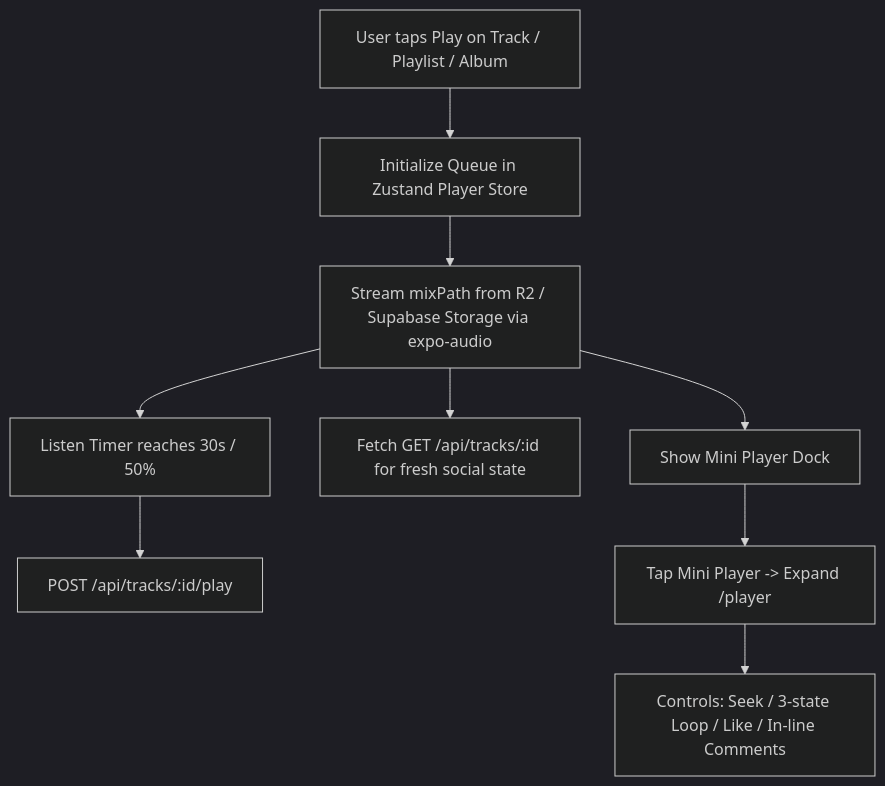
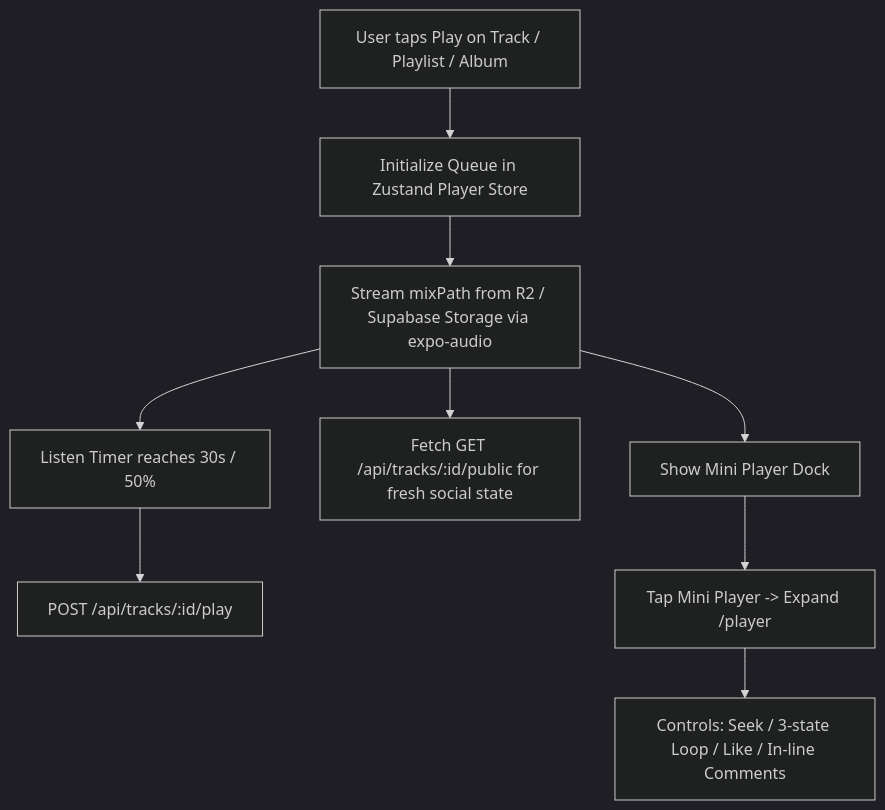
Before and after one commit to shreytanna15-prog/audio-social-backend: the diagram in docs/features/global-player.md, drawn with Mermaid (dark theme). The commit also changed other lines of this file and 5 other files, not shown here.

````diff
--- a/docs/features/global-player.md
+++ b/docs/features/global-player.md
@@ -31,11 +31,11 @@
 ```mermaid
 flowchart TD
   Tap[User taps Play on Track / Playlist / Album] --> QueueInit[Initialize Queue in Zustand Player Store]
   QueueInit --> Stream[Stream mixPath from R2 / Supabase Storage via expo-audio]
   Stream --> Mini[Show Mini Player Dock]
-  Stream --> Fetch[Fetch GET /api/tracks/:id for fresh social state]
+  Stream --> Fetch[Fetch GET /api/tracks/:id/public for fresh social state]
   Stream --> Timer[Listen Timer reaches 30s / 50%]
   Timer --> PlayCount[POST /api/tracks/:id/play]
   Mini --> Expand[Tap Mini Player -> Expand /player]
   Expand --> Controls[Controls: Seek / 3-state Loop / Like / In-line Comments]
 ```
````
